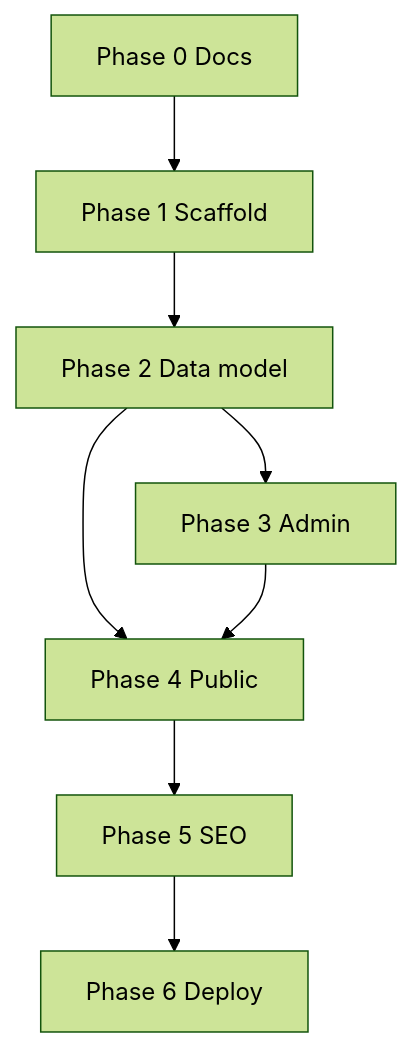
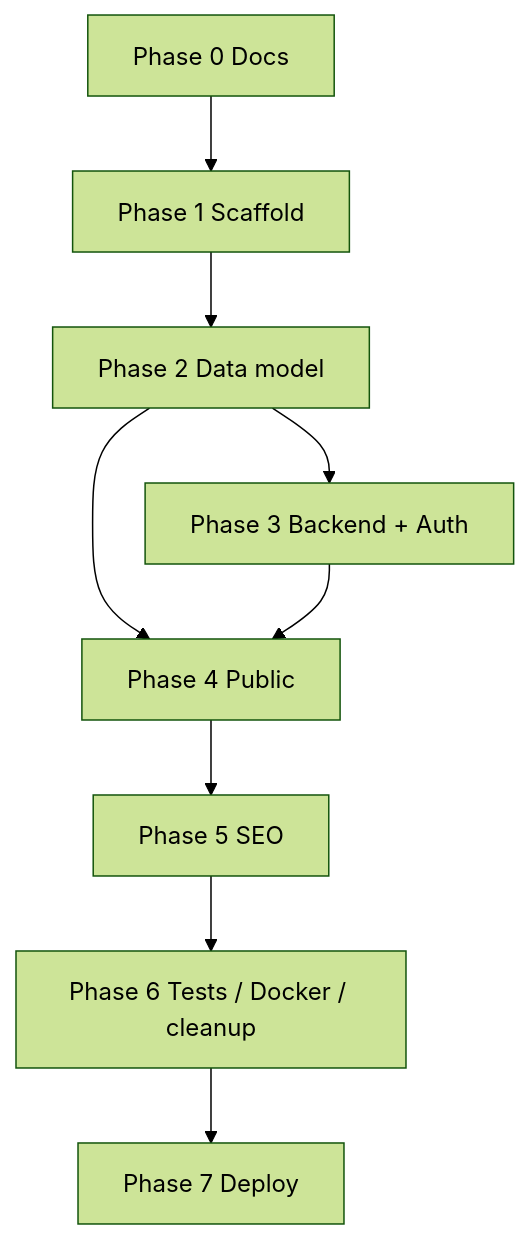
The diagram in docs/implementation-plan.md (WilliamTrung/car-retail), drawn with Mermaid (forest theme) before and after one commit. The commit also changed other lines of this file and 393 other files, not shown here.

Commit message:
feat: refactor and migrate next.js frontend architecture to typescript, add DB migrations, unit/e2e tests, and update gitignore

````diff
--- a/docs/implementation-plan.md
+++ b/docs/implementation-plan.md
@@ -160,10 +139,11 @@
 ```mermaid
 flowchart TD
   P0[Phase 0 Docs] --> P1[Phase 1 Scaffold]
   P1 --> P2[Phase 2 Data model]
-  P2 --> P3[Phase 3 Admin]
+  P2 --> P3[Phase 3 Backend + Auth]
   P2 --> P4[Phase 4 Public]
   P3 --> P4
   P4 --> P5[Phase 5 SEO]
-  P5 --> P6[Phase 6 Deploy]
+  P5 --> P6[Phase 6 Tests / Docker / cleanup]
+  P6 --> P7[Phase 7 Deploy]
 ```
````
